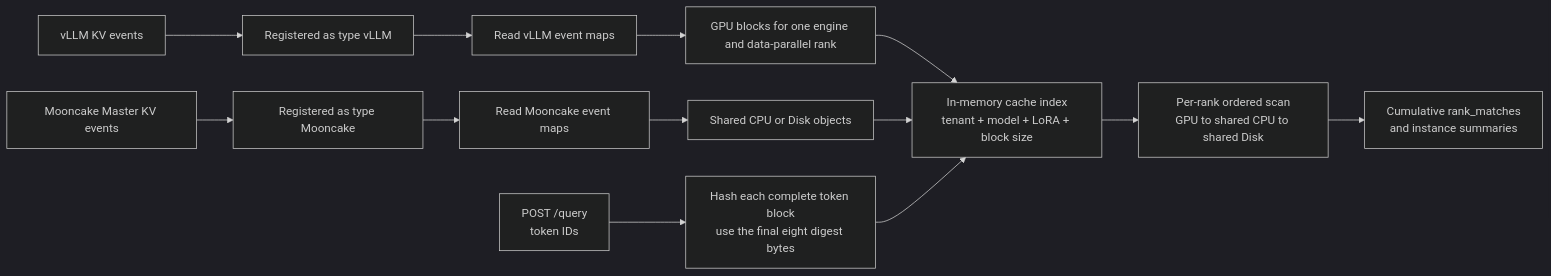
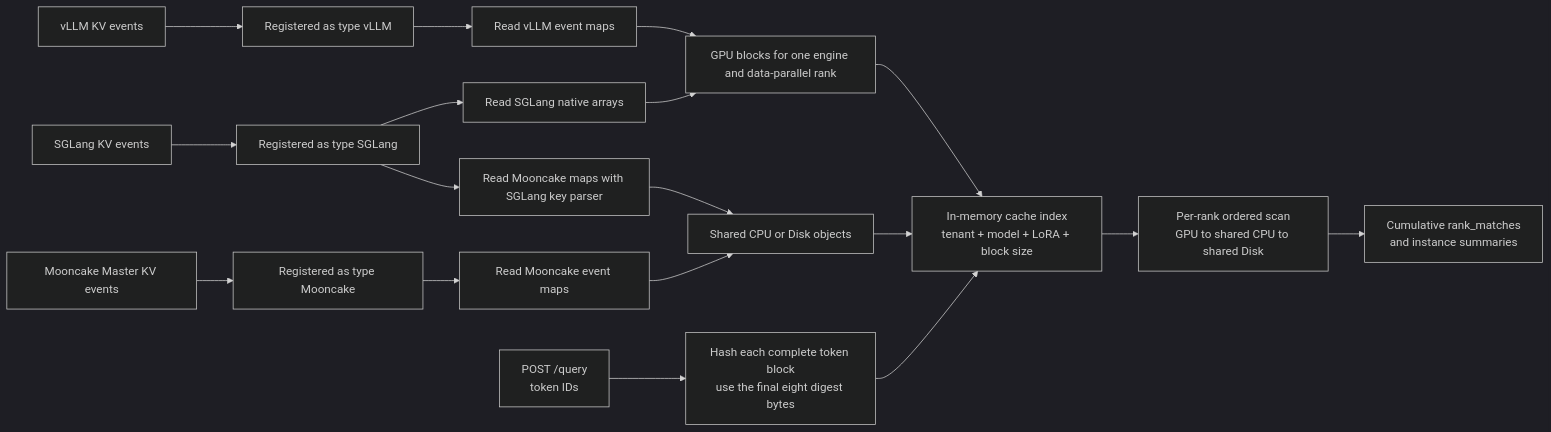
Before and after one commit to kvcache-ai/Mooncake: the diagram in docs/source/design/conductor/conductor-architecture-design.md, drawn with Mermaid (dark theme). The commit also changed other lines of this file and 36 other files, not shown here.

````diff
--- a/docs/source/design/conductor/conductor-architecture-design.md
+++ b/docs/source/design/conductor/conductor-architecture-design.md
@@ -14,15 +14,20 @@
 ```mermaid
 flowchart LR
     V["vLLM KV events"] --> VR["Registered as type vLLM"]
+    L["SGLang KV events"] --> LR["Registered as type SGLang"]
     M["Mooncake Master KV events"] --> MR["Registered as type Mooncake"]
     VR --> VD["Read vLLM event maps"]
+    LR --> LD["Read SGLang native arrays"]
+    LR --> LM["Read Mooncake maps with SGLang key parser"]
     MR --> MD["Read Mooncake event maps"]
     VD --> G["GPU blocks for one engine and data-parallel rank"]
+    LD --> G
+    LM --> S["Shared CPU or Disk objects"]
     MD --> S["Shared CPU or Disk objects"]
     G --> I["In-memory cache index<br/>tenant + model + LoRA + block size"]
     S --> I
     Q["POST /query<br/>token IDs"] --> H["Hash each complete token block<br/>use the final eight digest bytes"]
     H --> I
     I --> P["Per-rank ordered scan<br/>GPU to shared CPU to shared Disk"]
     P --> R["Cumulative rank_matches<br/>and instance summaries"]
 ```
````
